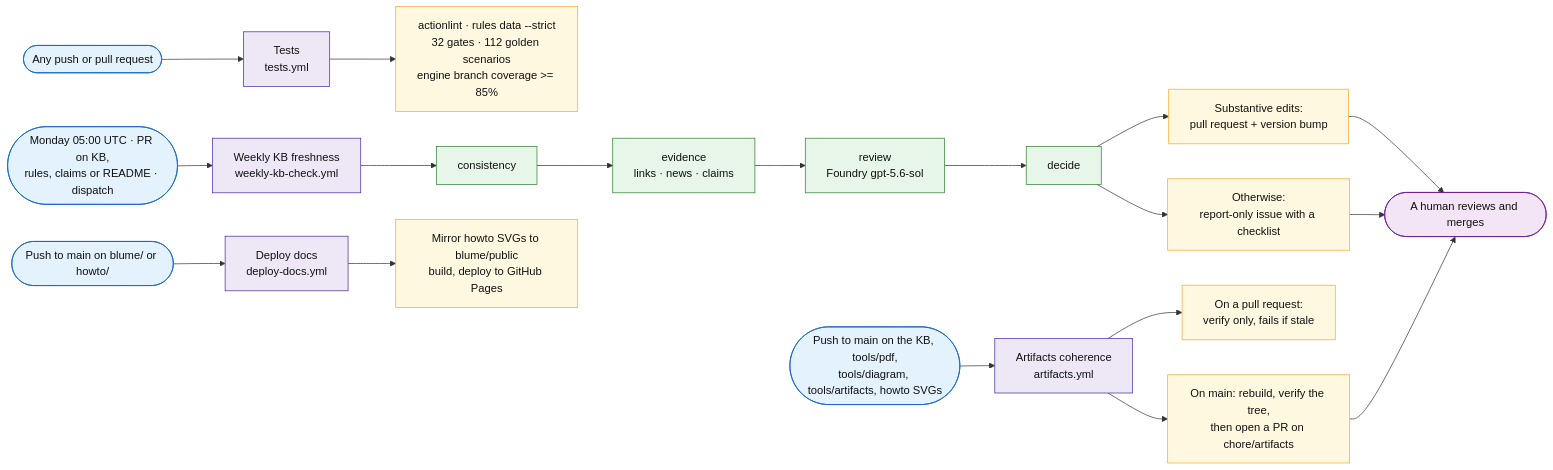
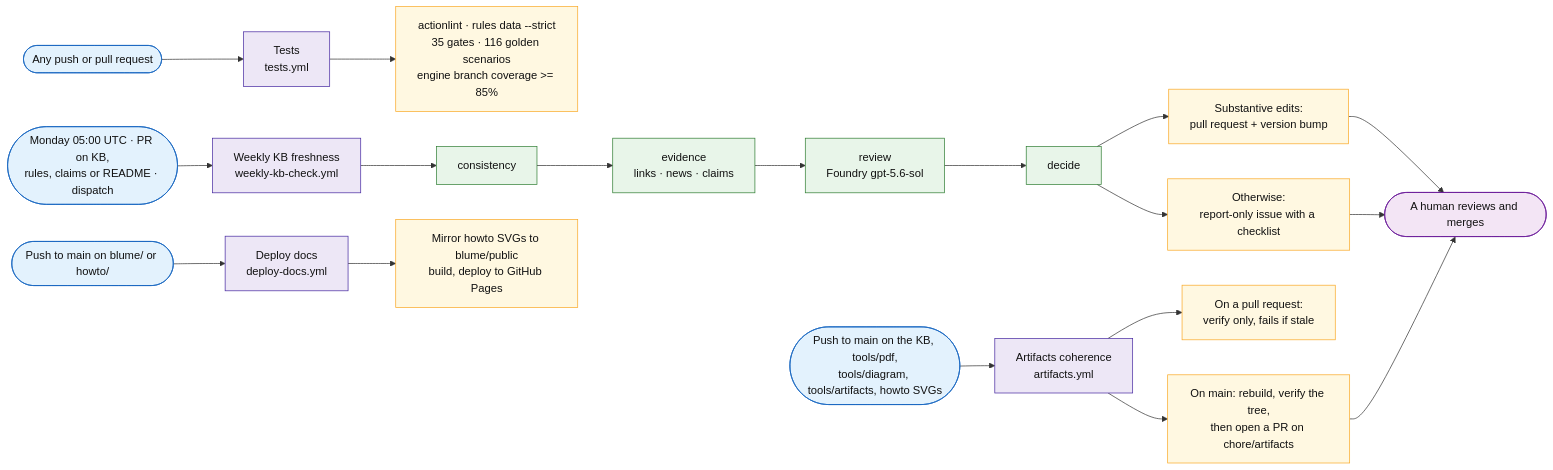
The sixth of 6 diagrams in docs/sql-migration-advisor-developer-pitch.md (fredgis/sql-migration-advisor), drawn with Mermaid before and after one commit. The commit also changed 23 other files, not shown here.

````diff
--- a/docs/sql-migration-advisor-developer-pitch.md
+++ b/docs/sql-migration-advisor-developer-pitch.md
@@ -992,33 +992,33 @@
 ```mermaid
 flowchart LR
     G1([Any push or pull request]) --> W1[Tests<br/>tests.yml]
     G2([Monday 05:00 UTC · PR on KB,<br/>rules, claims or README · dispatch]) --> W2[Weekly KB freshness<br/>weekly-kb-check.yml]
     G3([Push to main on the KB, tools/pdf,<br/>tools/diagram, tools/artifacts, howto SVGs]) --> W3[Artifacts coherence<br/>artifacts.yml]
     G4([Push to main on blume/ or howto/]) --> W4[Deploy docs<br/>deploy-docs.yml]
 
-    W1 --> O1[actionlint · rules data --strict<br/>32 gates · 112 golden scenarios<br/>engine branch coverage >= 85%]
+    W1 --> O1[actionlint · rules data --strict<br/>35 gates · 116 golden scenarios<br/>engine branch coverage >= 85%]
 
     W2 --> C1[consistency] --> C2[evidence<br/>links · news · claims] --> C3[review<br/>Foundry gpt-5.6-sol] --> C4[decide]
     C4 --> O2a[Substantive edits:<br/>pull request + version bump]
     C4 --> O2b[Otherwise:<br/>report-only issue with a checklist]
 
     W3 --> O3a[On a pull request:<br/>verify only, fails if stale]
     W3 --> O3b[On main: rebuild, verify the tree,<br/>then open a PR on chore/artifacts]
 
     W4 --> O4[Mirror howto SVGs to blume/public<br/>build, deploy to GitHub Pages]
 
     O2a --> H([A human reviews and merges])
     O2b --> H
     O3b --> H
 
     classDef trig fill:#e3f2fd,stroke:#1565c0,color:#111
     classDef flow fill:#ede7f6,stroke:#4527a0,color:#111
     classDef step fill:#e8f5e9,stroke:#2e7d32,color:#111
     classDef out fill:#fff8e1,stroke:#f9a825,color:#111
     classDef human fill:#f3e5f5,stroke:#6a1b9a,color:#111
     class G1,G2,G3,G4 trig
     class W1,W2,W3,W4 flow
     class C1,C2,C3,C4 step
     class O1,O2a,O2b,O3a,O3b,O4 out
     class H human
 ```
````
